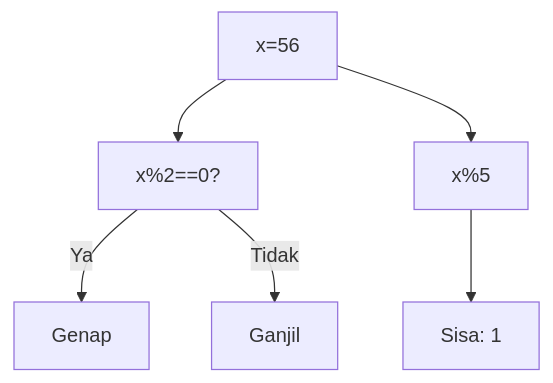
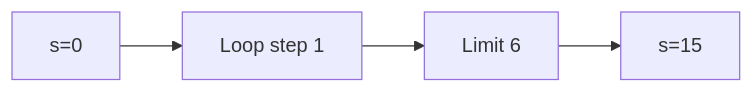
The ninth of 25 diagrams in part-c-pemahaman-cpp/03-perulangan/latihan/set-01.md (amnahwaida/OSNK_INF_PREP), drawn with Mermaid before and after one commit. The commit also changed other lines of this file and 71 other files, not shown here.

````diff
--- a/part-c-pemahaman-cpp/03-perulangan/latihan/set-01.md
+++ b/part-c-pemahaman-cpp/03-perulangan/latihan/set-01.md
@@ -309,8 +237,6 @@
 ```mermaid
-graph TD
-A["x=56"] --> B["x%2==0?"]
-B -- Ya --> C["Genap"]
-B -- Tidak --> D["Ganjil"]
-A --> E["x%5"]
-E --> F["Sisa: 1"]
+graph LR
+A["s=0"] --> B["Loop step 1"]
+B --> C["Limit 6"]
+C --> D["s=15"]
 ```
````
